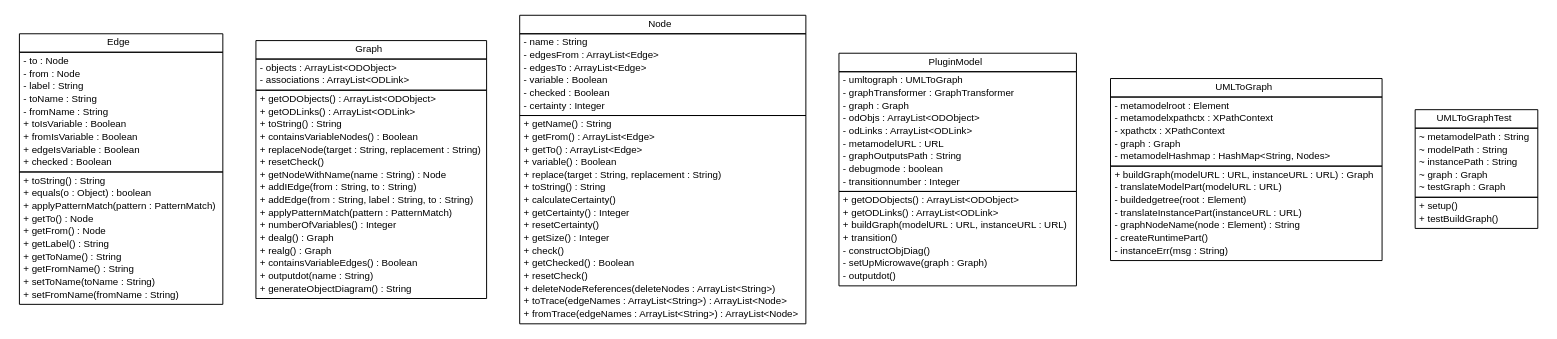
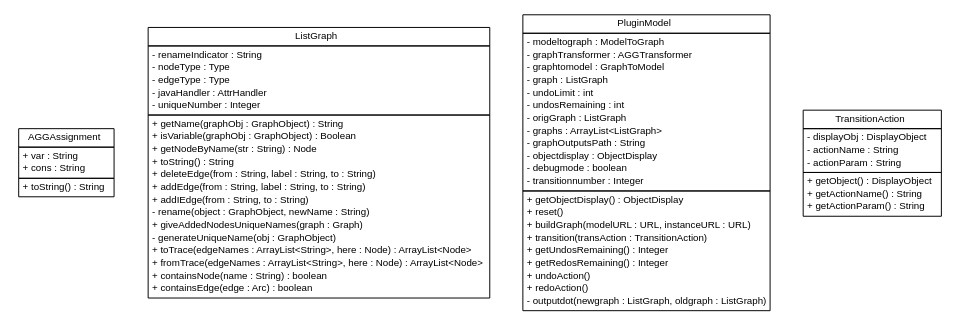
The diagram in javadoc/model/model.dot (luisneiva/graf-framework), drawn with Graphviz before and after one commit. The commit also changed 61 other files, not shown here.

```diff
--- a/javadoc/model/model.dot
+++ b/javadoc/model/model.dot
@@ -9,158 +9,93 @@
 	node [fontname="arial",fontsize=10,shape=plaintext];
 	nodesep=0.25;
 	ranksep=0.5;
-	// model.Edge
-	c32 [label=<<table title="model.Edge" border="0" cellborder="1" cellspacing="0" cellpadding="2" port="p" href="./Edge.html">
+	// model.AGGAssignment
+	c45 [label=<<table title="model.AGGAssignment" border="0" cellborder="1" cellspacing="0" cellpadding="2" port="p" href="./AGGAssignment.html">
 		<tr><td><table border="0" cellspacing="0" cellpadding="1">
-<tr><td align="center" balign="center"> Edge </td></tr>
+<tr><td align="center" balign="center"> AGGAssignment </td></tr>
 		</table></td></tr>
 		<tr><td><table border="0" cellspacing="0" cellpadding="1">
-<tr><td align="left" balign="left"> - to : Node </td></tr>
-<tr><td align="left" balign="left"> - from : Node </td></tr>
-<tr><td align="left" balign="left"> - label : String </td></tr>
-<tr><td align="left" balign="left"> - toName : String </td></tr>
-<tr><td align="left" balign="left"> - fromName : String </td></tr>
-<tr><td align="left" balign="left"> + toIsVariable : Boolean </td></tr>
-<tr><td align="left" balign="left"> + fromIsVariable : Boolean </td></tr>
-<tr><td align="left" balign="left"> + edgeIsVariable : Boolean </td></tr>
-<tr><td align="left" balign="left"> + checked : Boolean </td></tr>
+<tr><td align="left" balign="left"> + var : String </td></tr>
+<tr><td align="left" balign="left"> + cons : String </td></tr>
 		</table></td></tr>
 		<tr><td><table border="0" cellspacing="0" cellpadding="1">
 <tr><td align="left" balign="left"> + toString() : String </td></tr>
-<tr><td align="left" balign="left"> + equals(o : Object) : boolean </td></tr>
-<tr><td align="left" balign="left"> + applyPatternMatch(pattern : PatternMatch) </td></tr>
-<tr><td align="left" balign="left"> + getTo() : Node </td></tr>
-<tr><td align="left" balign="left"> + getFrom() : Node </td></tr>
-<tr><td align="left" balign="left"> + getLabel() : String </td></tr>
-<tr><td align="left" balign="left"> + getToName() : String </td></tr>
-<tr><td align="left" balign="left"> + getFromName() : String </td></tr>
-<tr><td align="left" balign="left"> + setToName(toName : String) </td></tr>
-<tr><td align="left" balign="left"> + setFromName(fromName : String) </td></tr>
 		</table></td></tr>
 		</table>>, fontname="arial", fontcolor="black", fontsize=10.0];
-	// model.Graph
-	c33 [label=<<table title="model.Graph" border="0" cellborder="1" cellspacing="0" cellpadding="2" port="p" href="./Graph.html">
+	// model.ListGraph
+	c46 [label=<<table title="model.ListGraph" border="0" cellborder="1" cellspacing="0" cellpadding="2" port="p" href="./ListGraph.html">
 		<tr><td><table border="0" cellspacing="0" cellpadding="1">
-<tr><td align="center" balign="center"> Graph </td></tr>
+<tr><td align="center" balign="center"> ListGraph </td></tr>
 		</table></td></tr>
 		<tr><td><table border="0" cellspacing="0" cellpadding="1">
-<tr><td align="left" balign="left"> - objects : ArrayList&lt;ODObject&gt; </td></tr>
-<tr><td align="left" balign="left"> - associations : ArrayList&lt;ODLink&gt; </td></tr>
+<tr><td align="left" balign="left"> - renameIndicator : String </td></tr>
+<tr><td align="left" balign="left"> - nodeType : Type </td></tr>
+<tr><td align="left" balign="left"> - edgeType : Type </td></tr>
+<tr><td align="left" balign="left"> - javaHandler : AttrHandler </td></tr>
+<tr><td align="left" balign="left"> - uniqueNumber : Integer </td></tr>
 		</table></td></tr>
 		<tr><td><table border="0" cellspacing="0" cellpadding="1">
-<tr><td align="left" balign="left"> + getODObjects() : ArrayList&lt;ODObject&gt; </td></tr>
-<tr><td align="left" balign="left"> + getODLinks() : ArrayList&lt;ODLink&gt; </td></tr>
+<tr><td align="left" balign="left"> + getName(graphObj : GraphObject) : String </td></tr>
+<tr><td align="left" balign="left"> + isVariable(graphObj : GraphObject) : Boolean </td></tr>
+<tr><td align="left" balign="left"> + getNodeByName(str : String) : Node </td></tr>
 <tr><td align="left" balign="left"> + toString() : String </td></tr>
-<tr><td align="left" balign="left"> + containsVariableNodes() : Boolean </td></tr>
-<tr><td align="left" balign="left"> + replaceNode(target : String, replacement : String) </td></tr>
-<tr><td align="left" balign="left"> + resetCheck() </td></tr>
-<tr><td align="left" balign="left"> + getNodeWithName(name : String) : Node </td></tr>
+<tr><td align="left" balign="left"> + deleteEdge(from : String, label : String, to : String) </td></tr>
+<tr><td align="left" balign="left"> + addEdge(from : String, label : String, to : String) </td></tr>
 <tr><td align="left" balign="left"> + addIEdge(from : String, to : String) </td></tr>
-<tr><td align="left" balign="left"> + addEdge(from : String, label : String, to : String) </td></tr>
-<tr><td align="left" balign="left"> + applyPatternMatch(pattern : PatternMatch) </td></tr>
-<tr><td align="left" balign="left"> + numberOfVariables() : Integer </td></tr>
-<tr><td align="left" balign="left"> + dealg() : Graph </td></tr>
-<tr><td align="left" balign="left"> + realg() : Graph </td></tr>
-<tr><td align="left" balign="left"> + containsVariableEdges() : Boolean </td></tr>
-<tr><td align="left" balign="left"> + outputdot(name : String) </td></tr>
-<tr><td align="left" balign="left"> + generateObjectDiagram() : String </td></tr>
-		</table></td></tr>
-		</table>>, fontname="arial", fontcolor="black", fontsize=10.0];
-	// model.Node
-	c34 [label=<<table title="model.Node" border="0" cellborder="1" cellspacing="0" cellpadding="2" port="p" href="./Node.html">
-		<tr><td><table border="0" cellspacing="0" cellpadding="1">
-<tr><td align="center" balign="center"> Node </td></tr>
-		</table></td></tr>
-		<tr><td><table border="0" cellspacing="0" cellpadding="1">
-<tr><td align="left" balign="left"> - name : String </td></tr>
-<tr><td align="left" balign="left"> - edgesFrom : ArrayList&lt;Edge&gt; </td></tr>
-<tr><td align="left" balign="left"> - edgesTo : ArrayList&lt;Edge&gt; </td></tr>
-<tr><td align="left" balign="left"> - variable : Boolean </td></tr>
-<tr><td align="left" balign="left"> - checked : Boolean </td></tr>
-<tr><td align="left" balign="left"> - certainty : Integer </td></tr>
-		</table></td></tr>
-		<tr><td><table border="0" cellspacing="0" cellpadding="1">
-<tr><td align="left" balign="left"> + getName() : String </td></tr>
-<tr><td align="left" balign="left"> + getFrom() : ArrayList&lt;Edge&gt; </td></tr>
-<tr><td align="left" balign="left"> + getTo() : ArrayList&lt;Edge&gt; </td></tr>
-<tr><td align="left" balign="left"> + variable() : Boolean </td></tr>
-<tr><td align="left" balign="left"> + replace(target : String, replacement : String) </td></tr>
-<tr><td align="left" balign="left"> + toString() : String </td></tr>
-<tr><td align="left" balign="left"> + calculateCertainty() </td></tr>
-<tr><td align="left" balign="left"> + getCertainty() : Integer </td></tr>
-<tr><td align="left" balign="left"> + resetCertainty() </td></tr>
-<tr><td align="left" balign="left"> + getSize() : Integer </td></tr>
-<tr><td align="left" balign="left"> + check() </td></tr>
-<tr><td align="left" balign="left"> + getChecked() : Boolean </td></tr>
-<tr><td align="left" balign="left"> + resetCheck() </td></tr>
-<tr><td align="left" balign="left"> + deleteNodeReferences(deleteNodes : ArrayList&lt;String&gt;) </td></tr>
-<tr><td align="left" balign="left"> + toTrace(edgeNames : ArrayList&lt;String&gt;) : ArrayList&lt;Node&gt; </td></tr>
-<tr><td align="left" balign="left"> + fromTrace(edgeNames : ArrayList&lt;String&gt;) : ArrayList&lt;Node&gt; </td></tr>
+<tr><td align="left" balign="left"> - rename(object : GraphObject, newName : String) </td></tr>
+<tr><td align="left" balign="left"> + giveAddedNodesUniqueNames(graph : Graph) </td></tr>
+<tr><td align="left" balign="left"> - generateUniqueName(obj : GraphObject) </td></tr>
+<tr><td align="left" balign="left"> + toTrace(edgeNames : ArrayList&lt;String&gt;, here : Node) : ArrayList&lt;Node&gt; </td></tr>
+<tr><td align="left" balign="left"> + fromTrace(edgeNames : ArrayList&lt;String&gt;, here : Node) : ArrayList&lt;Node&gt; </td></tr>
+<tr><td align="left" balign="left"> + containsNode(name : String) : boolean </td></tr>
+<tr><td align="left" balign="left"> + containsEdge(edge : Arc) : boolean </td></tr>
 		</table></td></tr>
 		</table>>, fontname="arial", fontcolor="black", fontsize=10.0];
 	// model.PluginModel
-	c35 [label=<<table title="model.PluginModel" border="0" cellborder="1" cellspacing="0" cellpadding="2" port="p" href="./PluginModel.html">
+	c47 [label=<<table title="model.PluginModel" border="0" cellborder="1" cellspacing="0" cellpadding="2" port="p" href="./PluginModel.html">
 		<tr><td><table border="0" cellspacing="0" cellpadding="1">
 <tr><td align="center" balign="center"> PluginModel </td></tr>
 		</table></td></tr>
 		<tr><td><table border="0" cellspacing="0" cellpadding="1">
-<tr><td align="left" balign="left"> - umltograph : UMLToGraph </td></tr>
-<tr><td align="left" balign="left"> - graphTransformer : GraphTransformer </td></tr>
-<tr><td align="left" balign="left"> - graph : Graph </td></tr>
-<tr><td align="left" balign="left"> - odObjs : ArrayList&lt;ODObject&gt; </td></tr>
-<tr><td align="left" balign="left"> - odLinks : ArrayList&lt;ODLink&gt; </td></tr>
-<tr><td align="left" balign="left"> - metamodelURL : URL </td></tr>
+<tr><td align="left" balign="left"> - modeltograph : ModelToGraph </td></tr>
+<tr><td align="left" balign="left"> - graphTransformer : AGGTransformer </td></tr>
+<tr><td align="left" balign="left"> - graphtomodel : GraphToModel </td></tr>
+<tr><td align="left" balign="left"> - graph : ListGraph </td></tr>
+<tr><td align="left" balign="left"> - undoLimit : int </td></tr>
+<tr><td align="left" balign="left"> - undosRemaining : int </td></tr>
+<tr><td align="left" balign="left"> - origGraph : ListGraph </td></tr>
+<tr><td align="left" balign="left"> - graphs : ArrayList&lt;ListGraph&gt; </td></tr>
 <tr><td align="left" balign="left"> - graphOutputsPath : String </td></tr>
+<tr><td align="left" balign="left"> - objectdisplay : ObjectDisplay </td></tr>
 <tr><td align="left" balign="left"> - debugmode : boolean </td></tr>
 <tr><td align="left" balign="left"> - transitionnumber : Integer </td></tr>
 		</table></td></tr>
 		<tr><td><table border="0" cellspacing="0" cellpadding="1">
-<tr><td align="left" balign="left"> + getODObjects() : ArrayList&lt;ODObject&gt; </td></tr>
-<tr><td align="left" balign="left"> + getODLinks() : ArrayList&lt;ODLink&gt; </td></tr>
+<tr><td align="left" balign="left"> + getObjectDisplay() : ObjectDisplay </td></tr>
+<tr><td align="left" balign="left"> + reset() </td></tr>
 <tr><td align="left" balign="left"> + buildGraph(modelURL : URL, instanceURL : URL) </td></tr>
-<tr><td align="left" balign="left"> + transition() </td></tr>
-<tr><td align="left" balign="left"> - constructObjDiag() </td></tr>
-<tr><td align="left" balign="left"> - setUpMicrowave(graph : Graph) </td></tr>
-<tr><td align="left" balign="left"> - outputdot() </td></tr>
+<tr><td align="left" balign="left"> + transition(transAction : TransitionAction) </td></tr>
+<tr><td align="left" balign="left"> + getUndosRemaining() : Integer </td></tr>
+<tr><td align="left" balign="left"> + getRedosRemaining() : Integer </td></tr>
+<tr><td align="left" balign="left"> + undoAction() </td></tr>
+<tr><td align="left" balign="left"> + redoAction() </td></tr>
+<tr><td align="left" balign="left"> - outputdot(newgraph : ListGraph, oldgraph : ListGraph) </td></tr>
 		</table></td></tr>
 		</table>>, fontname="arial", fontcolor="black", fontsize=10.0];
-	// model.UMLToGraph
-	c36 [label=<<table title="model.UMLToGraph" border="0" cellborder="1" cellspacing="0" cellpadding="2" port="p" href="./UMLToGraph.html">
+	// model.TransitionAction
+	c48 [label=<<table title="model.TransitionAction" border="0" cellborder="1" cellspacing="0" cellpadding="2" port="p" href="./TransitionAction.html">
 		<tr><td><table border="0" cellspacing="0" cellpadding="1">
-<tr><td align="center" balign="center"> UMLToGraph </td></tr>
+<tr><td align="center" balign="center"> TransitionAction </td></tr>
 		</table></td></tr>
 		<tr><td><table border="0" cellspacing="0" cellpadding="1">
-<tr><td align="left" balign="left"> - metamodelroot : Element </td></tr>
-<tr><td align="left" balign="left"> - metamodelxpathctx : XPathContext </td></tr>
-<tr><td align="left" balign="left"> - xpathctx : XPathContext </td></tr>
-<tr><td align="left" balign="left"> - graph : Graph </td></tr>
-<tr><td align="left" balign="left"> - metamodelHashmap : HashMap&lt;String, Nodes&gt; </td></tr>
+<tr><td align="left" balign="left"> - displayObj : DisplayObject </td></tr>
+<tr><td align="left" balign="left"> - actionName : String </td></tr>
+<tr><td align="left" balign="left"> - actionParam : String </td></tr>
 		</table></td></tr>
 		<tr><td><table border="0" cellspacing="0" cellpadding="1">
-<tr><td align="left" balign="left"> + buildGraph(modelURL : URL, instanceURL : URL) : Graph </td></tr>
-<tr><td align="left" balign="left"> - translateModelPart(modelURL : URL) </td></tr>
-<tr><td align="left" balign="left"> - buildedgetree(root : Element) </td></tr>
-<tr><td align="left" balign="left"> - translateInstancePart(instanceURL : URL) </td></tr>
-<tr><td align="left" balign="left"> - graphNodeName(node : Element) : String </td></tr>
-<tr><td align="left" balign="left"> - createRuntimePart() </td></tr>
-<tr><td align="left" balign="left"> - instanceErr(msg : String) </td></tr>
-		</table></td></tr>
-		</table>>, fontname="arial", fontcolor="black", fontsize=10.0];
-	// model.UMLToGraphTest
-	c58 [label=<<table title="model.UMLToGraphTest" border="0" cellborder="1" cellspacing="0" cellpadding="2" port="p" href="./UMLToGraphTest.html">
-		<tr><td><table border="0" cellspacing="0" cellpadding="1">
-<tr><td align="center" balign="center"> UMLToGraphTest </td></tr>
-		</table></td></tr>
-		<tr><td><table border="0" cellspacing="0" cellpadding="1">
-<tr><td align="left" balign="left"> ~ metamodelPath : String </td></tr>
-<tr><td align="left" balign="left"> ~ modelPath : String </td></tr>
-<tr><td align="left" balign="left"> ~ instancePath : String </td></tr>
-<tr><td align="left" balign="left"> ~ graph : Graph </td></tr>
-<tr><td align="left" balign="left"> ~ testGraph : Graph </td></tr>
-		</table></td></tr>
-		<tr><td><table border="0" cellspacing="0" cellpadding="1">
-<tr><td align="left" balign="left"> + setup() </td></tr>
-<tr><td align="left" balign="left"> + testBuildGraph() </td></tr>
+<tr><td align="left" balign="left"> + getObject() : DisplayObject </td></tr>
+<tr><td align="left" balign="left"> + getActionName() : String </td></tr>
+<tr><td align="left" balign="left"> + getActionParam() : String </td></tr>
 		</table></td></tr>
 		</table>>, fontname="arial", fontcolor="black", fontsize=10.0];
 }
```
